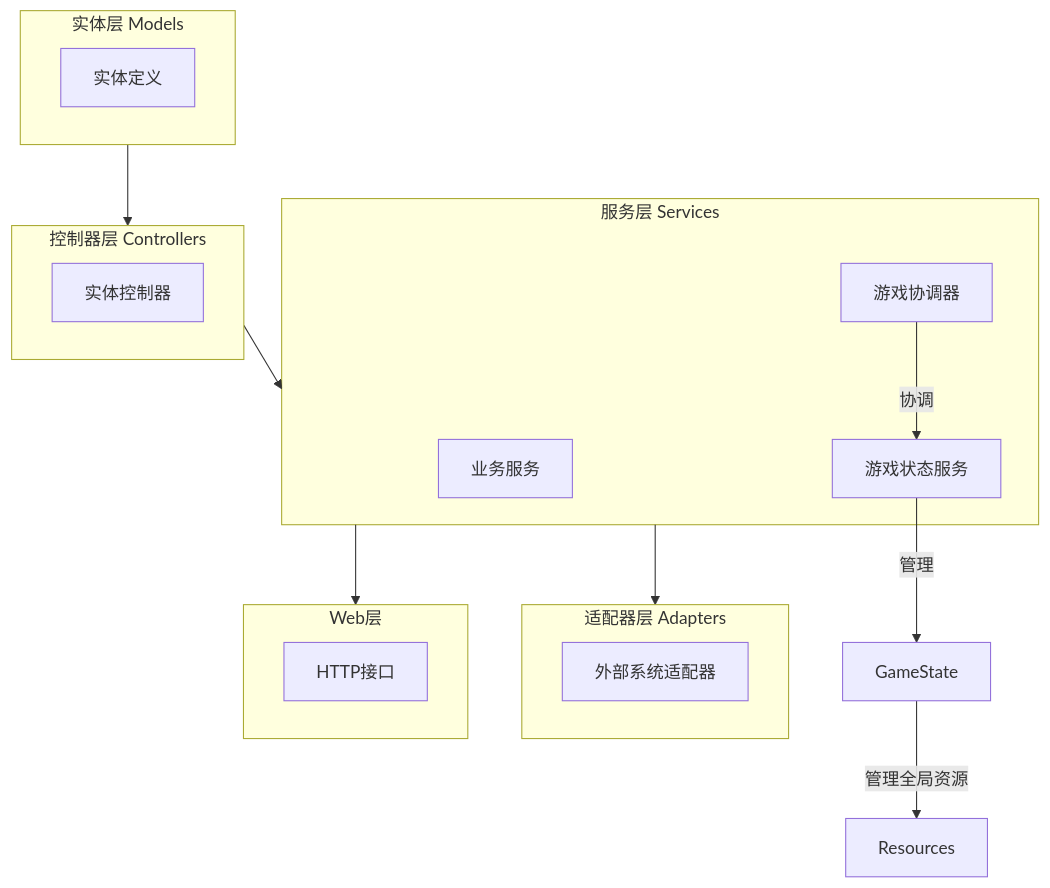
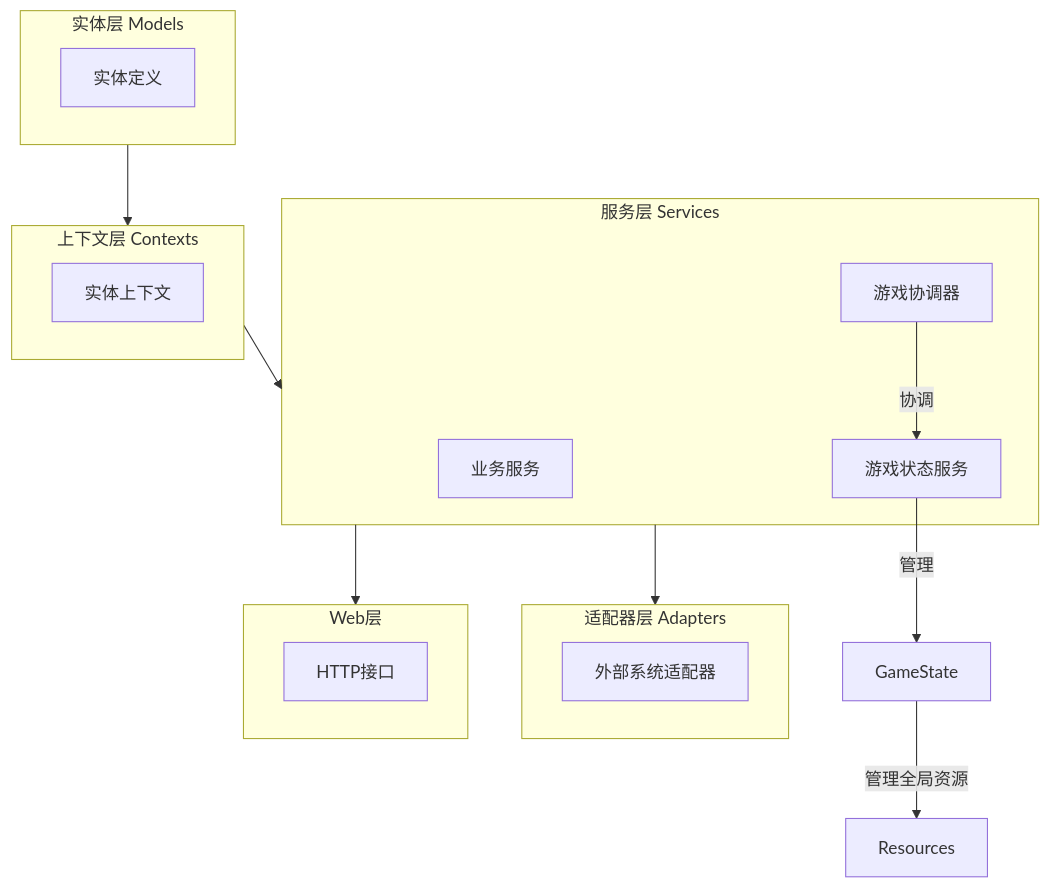
The first of 7 diagrams in docs/架构.md (crossagent/paotuan), drawn with Mermaid before and after one commit. The commit also changed other lines of this file and 6 other files, not shown here.

````diff
--- a/docs/架构.md
+++ b/docs/架构.md
@@ -15,33 +15,33 @@
 ```mermaid
 graph TD
     GameState[GameState] --> |管理全局资源| Resources
     
     subgraph models[实体层 Models]
         Entities[实体定义]
     end
     
-    subgraph core[控制器层 Controllers]
-        Controllers[实体控制器]
+    subgraph core[上下文层 Contexts]
+        Contexts[实体上下文]
     end
     
     subgraph services[服务层 Services]
         ServiceLayer[业务服务]
         GameStateService[游戏状态服务]
         GameCoordinator[游戏协调器]
     end
     
     subgraph adapters[适配器层 Adapters]
         AdapterLayer[外部系统适配器]
     end
     
     subgraph web[Web层]
         WebLayer[HTTP接口]
     end
     
     models --> core
     core --> services
     services --> adapters
     services --> web
     GameStateService --> |管理| GameState
     GameCoordinator --> |协调| GameStateService
 ```
````
